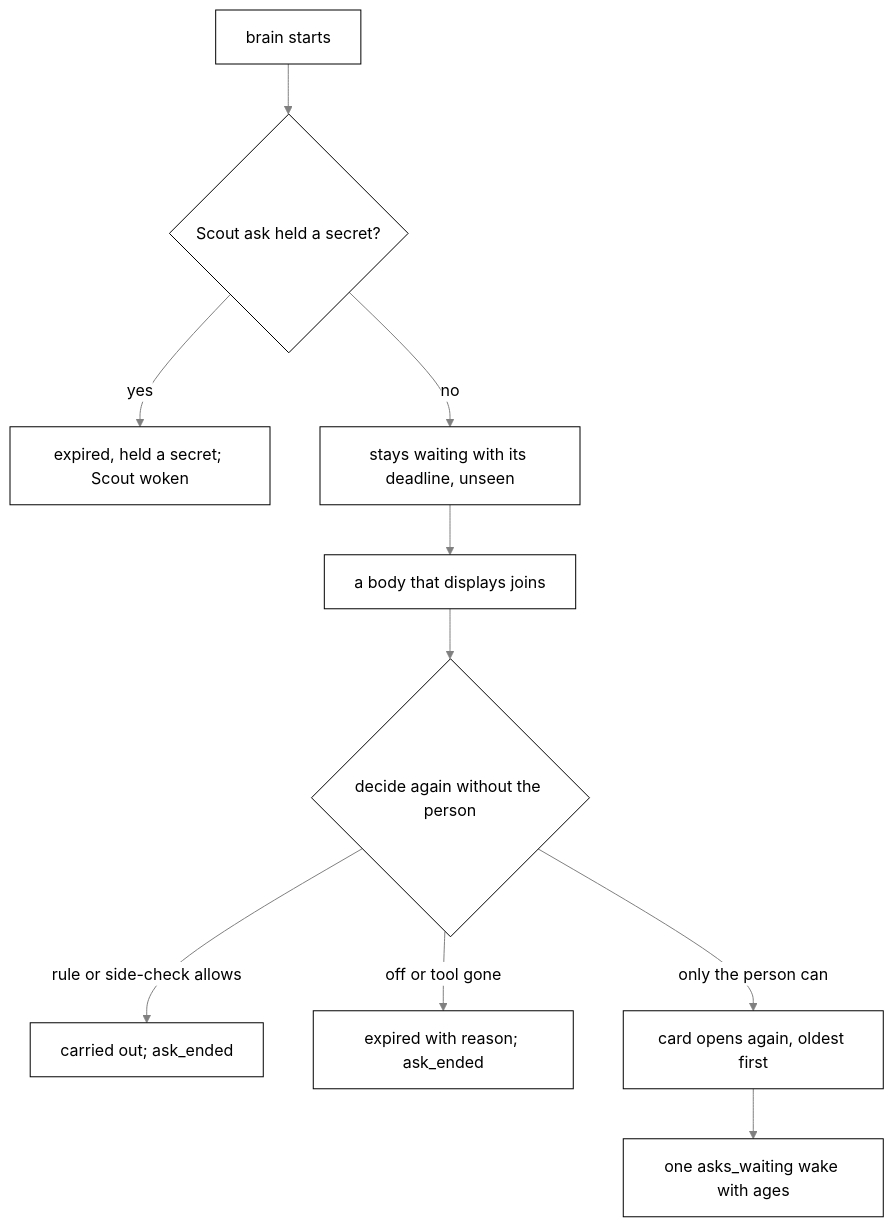
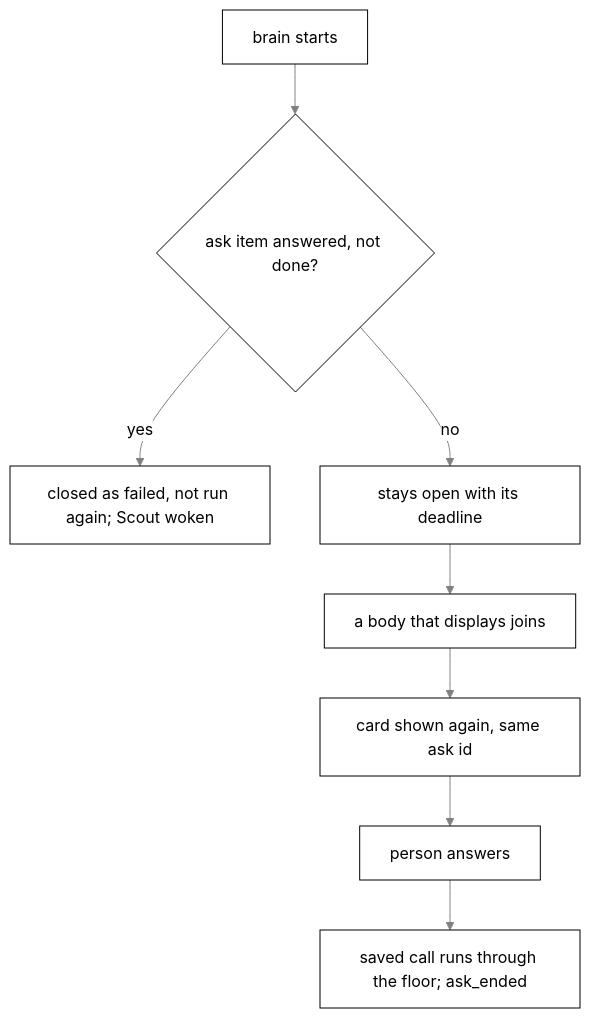
The seventh of 14 diagrams in docs/brain.md (nadeem4/tagalong), drawn with Mermaid before and after one commit. The commit also changed other lines of this file and 26 other files, not shown here.

First line of the commit message:
refactor(brain): a turn never waits for a card, answers run later (F6) (#360)

````diff
--- a/docs/brain.md
+++ b/docs/brain.md
@@ -764,13 +728,11 @@
 ```mermaid
 %%{init: {"theme": "base", "themeVariables": {"primaryColor": "#ffffff", "primaryTextColor": "#000000", "primaryBorderColor": "#000000", "lineColor": "#808080", "arrowheadColor": "#808080", "secondaryColor": "#f2f2f2", "tertiaryColor": "#ffffff", "clusterBkg": "#f7f7f7", "clusterBorder": "#808080", "edgeLabelBackground": "#ffffff", "titleColor": "#808080", "actorBkg": "#ffffff", "actorBorder": "#000000", "actorTextColor": "#000000", "actorLineColor": "#808080", "signalColor": "#808080", "signalTextColor": "#808080", "sequenceNumberColor": "#ffffff", "labelBoxBkgColor": "#ffffff", "labelBoxBorderColor": "#808080", "labelTextColor": "#000000", "loopTextColor": "#808080", "noteBkgColor": "#f7f7f7", "noteBorderColor": "#808080", "noteTextColor": "#000000", "activationBkgColor": "#f7f7f7", "activationBorderColor": "#808080", "fontFamily": "Segoe UI, Helvetica, Arial, sans-serif"}}}%%
 flowchart TD
-  S[brain starts] --> Q{Scout ask held a secret?}
-  Q -- yes --> X[expired, held a secret; Scout woken]
-  Q -- no --> K[stays waiting with its deadline, unseen]
+  S[brain starts] --> A{ask item answered, not done?}
+  A -- yes --> X[closed as failed, not run again; Scout woken]
+  A -- no --> K[stays open with its deadline]
   K --> J[a body that displays joins]
-  J --> D{decide again without the person}
-  D -- rule or side-check allows --> R[carried out; ask_ended]
-  D -- off or tool gone --> E[expired with reason; ask_ended]
-  D -- only the person can --> C[card opens again, oldest first]
-  C --> W[one asks_waiting wake with ages]
+  J --> C[card shown again, same ask id]
+  C --> P[person answers]
+  P --> R[saved call runs through the floor; ask_ended]
 ```
````
